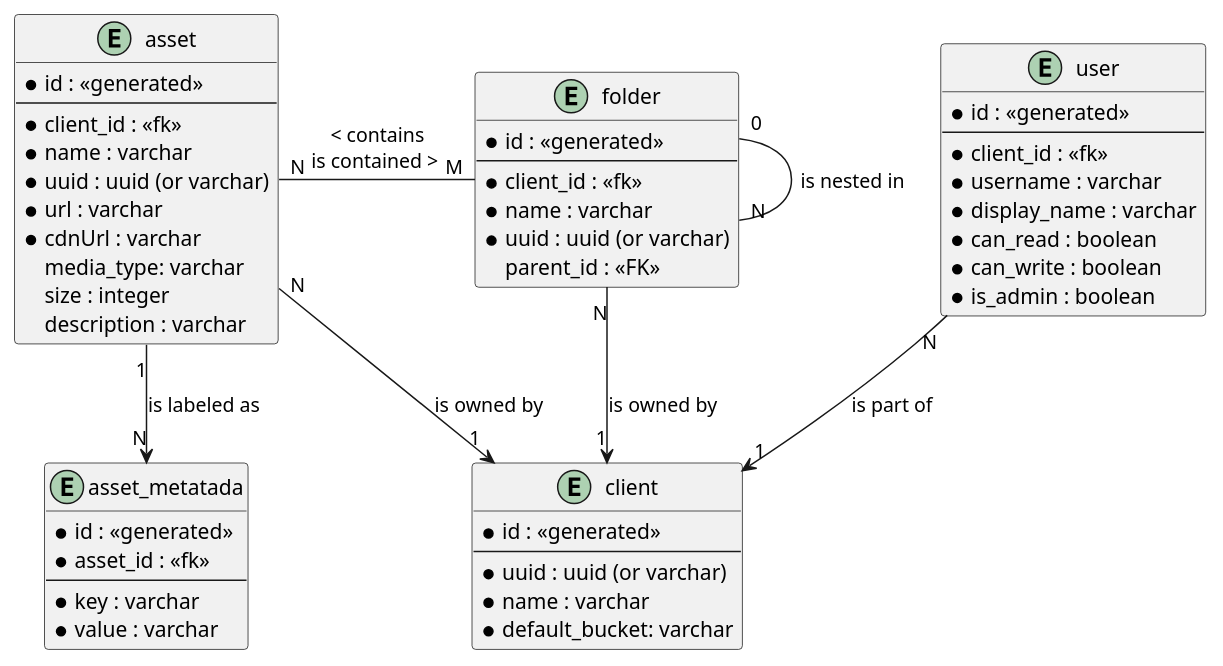
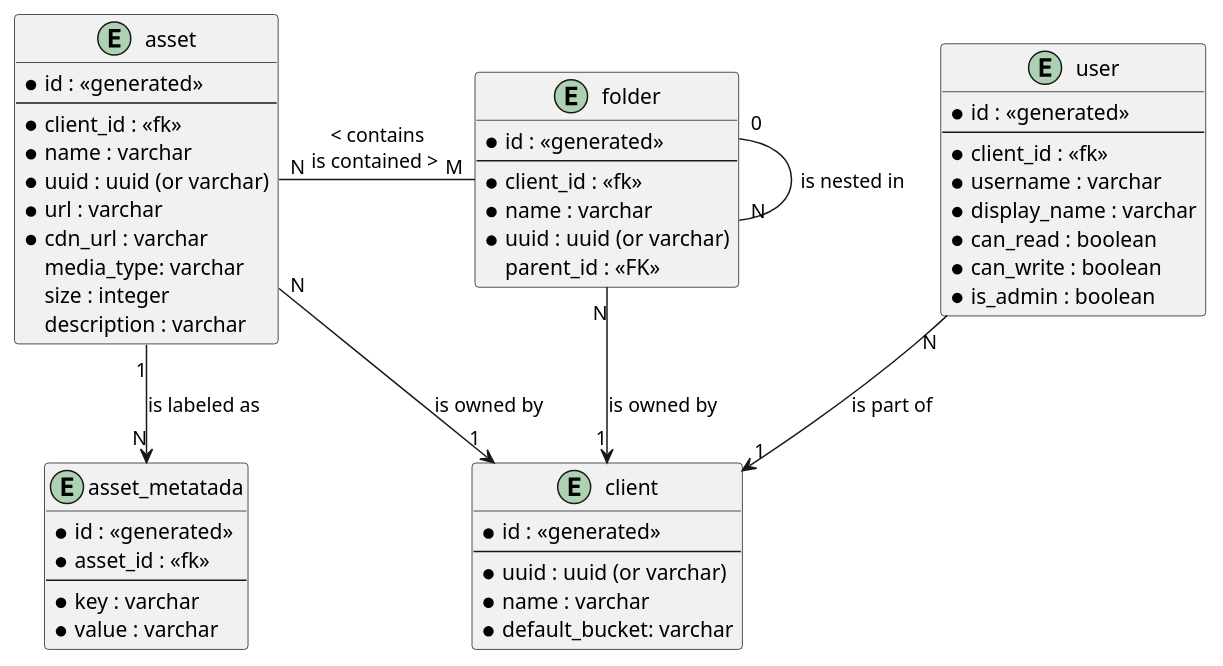
The diagram in exercise2/entities.puml (civitz/example-assignment), drawn with PlantUML before and after one commit. The commit also changed 1 other file, not shown here.

```diff
--- a/exercise2/entities.puml
+++ b/exercise2/entities.puml
@@ -1,59 +1,59 @@
 @startuml
 
 entity asset {
     * id : <<generated>>
     ---
     * client_id : <<fk>>
     * name : varchar
     * uuid : uuid (or varchar)
     * url : varchar
-    * cdnUrl : varchar
+    * cdn_url : varchar
     media_type: varchar
     size : integer
     description : varchar
 }
 
 entity folder {
     * id : <<generated>>
     ---
     * client_id : <<fk>>
     * name : varchar
     * uuid : uuid (or varchar)
     parent_id : <<FK>>
 }
 
 entity asset_metatada {
     * id : <<generated>>
     * asset_id : <<fk>>
     ---
     * key : varchar
     * value : varchar
 }
 
 entity client {
     * id : <<generated>>
     ---
     * uuid : uuid (or varchar)
     * name : varchar
     * default_bucket: varchar
 }
 
 entity user {
     * id : <<generated>>
     ---
     * client_id : <<fk>>
     * username : varchar
     * display_name : varchar
     * can_read : boolean
     * can_write : boolean
     * is_admin : boolean
 }
 
 folder "0"--"N" folder : is nested in 
 asset "N"-right-"M" folder : " < contains \n is contained >  "
 asset "1"-->"N" asset_metatada : is labeled as
 user "N"-->"1" client : is part of
 asset "N"-->"1" client : is owned by
 folder "N"-->"1" client : is owned by
 
 @enduml
```
